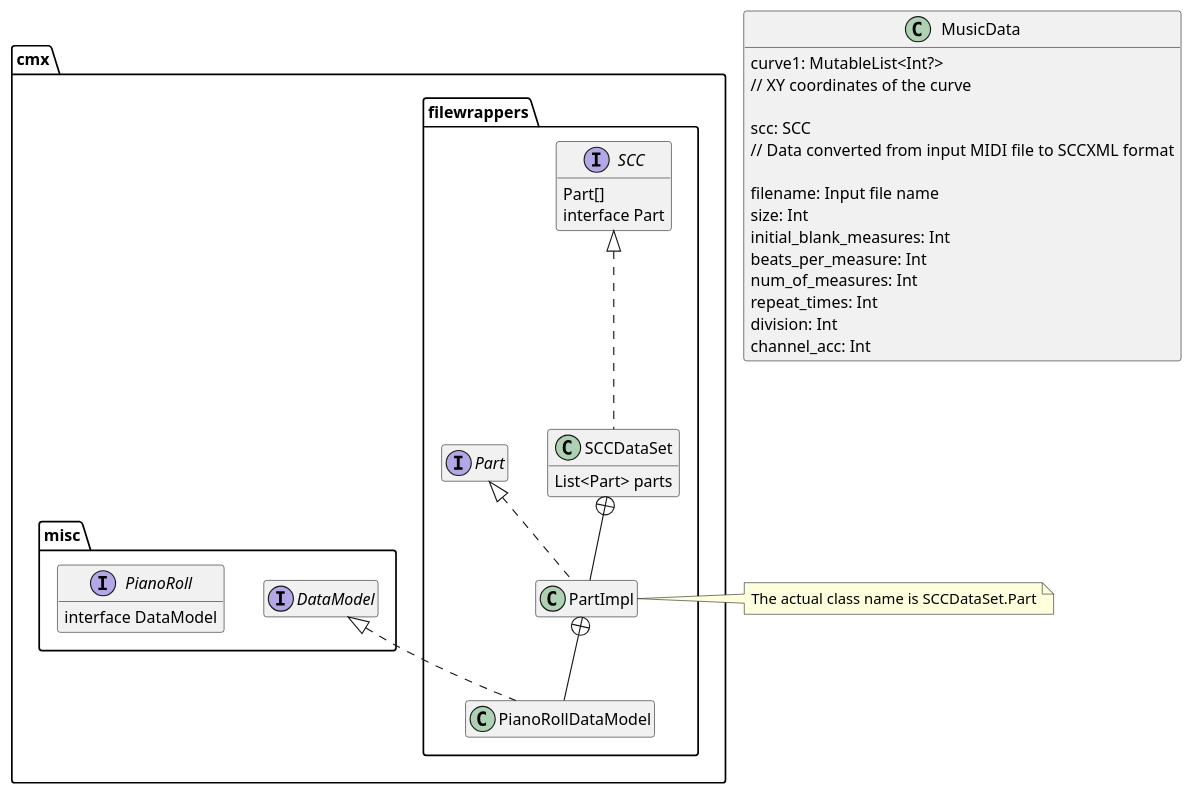
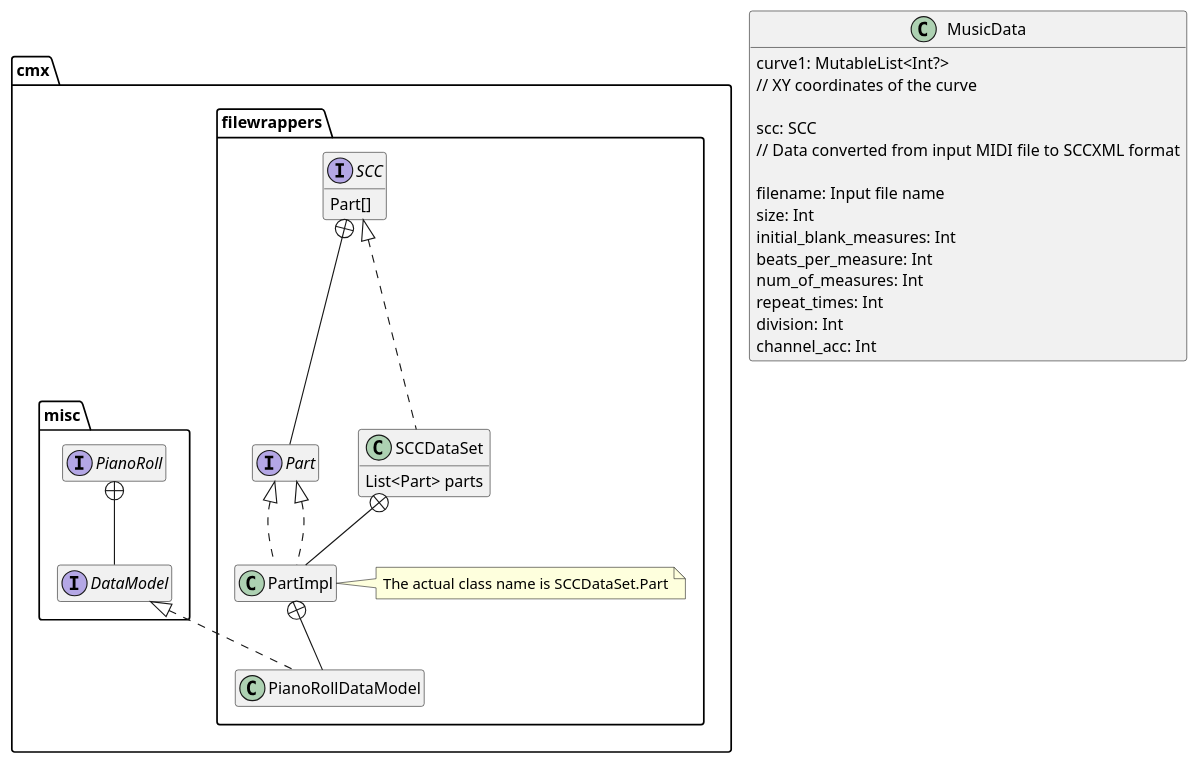
Before and after one commit to fujiij/plantuml: the diagram in diagrams/test3.puml, drawn with PlantUML.

```diff
--- a/diagrams/test3.puml
+++ b/diagrams/test3.puml
@@ -1,48 +1,50 @@
 @startuml
 'https://plantuml.com/class-diagram
 hide empty members
 
 class MusicData {
     curve1: MutableList<Int?>
     // XY coordinates of the curve
 
     scc: SCC
     // Data converted from input MIDI file to SCCXML format
 
     filename: Input file name
     size: Int
     initial_blank_measures: Int
     beats_per_measure: Int
     num_of_measures: Int
     repeat_times: Int
     division: Int
     channel_acc: Int
 }
 
 package "cmx" {
     package "filewrappers" {
         interface SCC {
             Part[]
-            interface Part
         }
+        interface Part
+        SCC +-- Part
         class SCCDataSet implements SCC {
             List<Part> parts
         }
+        class PartImpl implements Part
+        SCCDataSet +-- PartImpl
+        note right of PartImpl
+            The actual class name is SCCDataSet.Part
+        end note
+
         class PianoRollDataModel implements cmx.misc.DataModel
         class PartImpl implements Part
+        PartImpl +-- PianoRollDataModel
     }
     package "misc" {
         interface PianoRoll {
-            interface DataModel
         }
+        interface DataModel
+        PianoRoll +-- DataModel
     }
 }
 
-cmx.filewrappers.SCCDataSet +-- cmx.filewrappers.PartImpl
-note right of cmx.filewrappers.PartImpl
-    The actual class name is SCCDataSet.Part
-end note
-
-cmx.filewrappers.PartImpl +-- cmx.filewrappers.PianoRollDataModel
-
 @enduml
```
